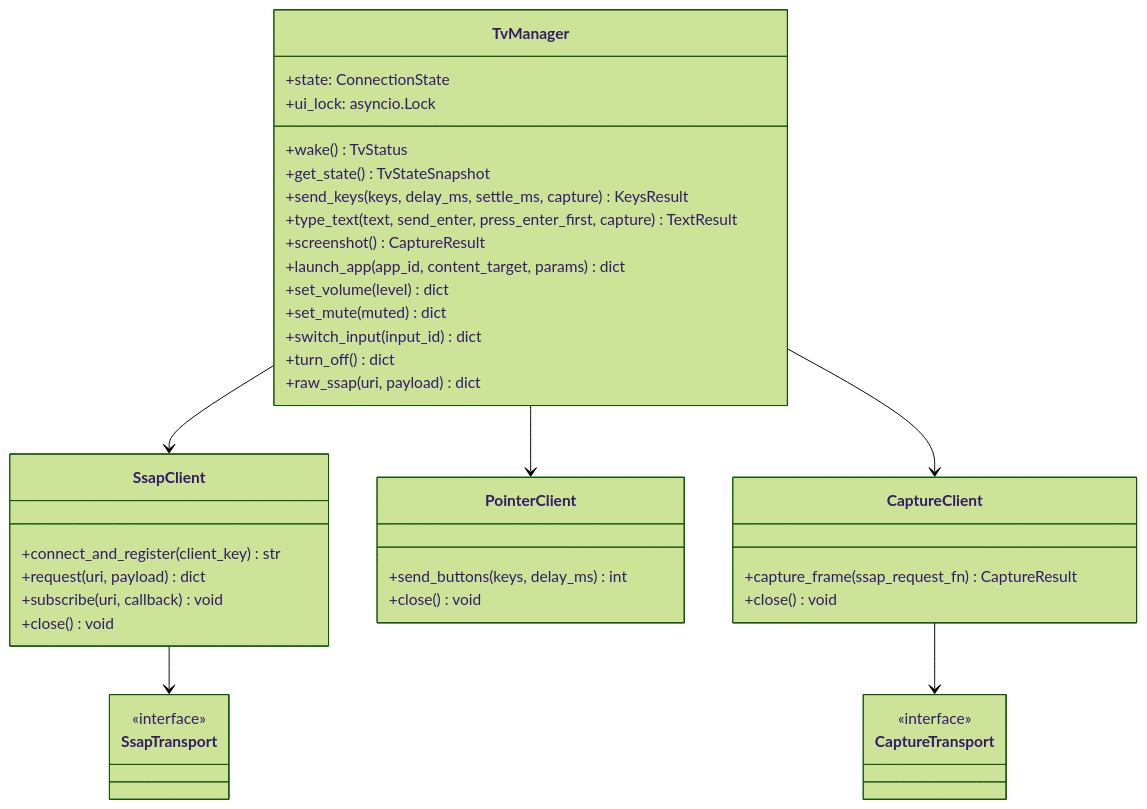
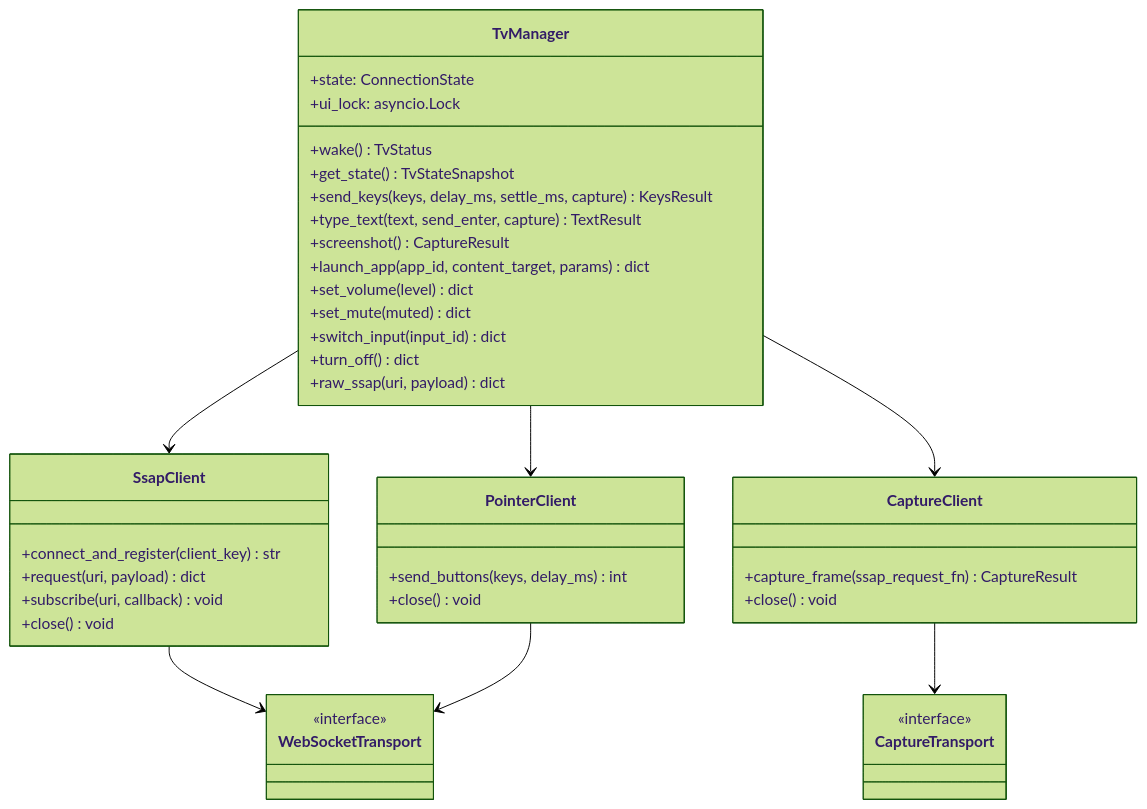
The first of 2 diagrams in docs/designs/lg-smtv-mcp.md (kiskaadee/lg-smtv-mcp), drawn with Mermaid (forest theme) before and after one commit. The commit also changed other lines of this file, not shown here.

````diff
--- a/docs/designs/lg-smtv-mcp.md
+++ b/docs/designs/lg-smtv-mcp.md
@@ -91,43 +90,44 @@
 ```mermaid
 classDiagram
     class TvManager {
         +state: ConnectionState
         +ui_lock: asyncio.Lock
         +wake() TvStatus
         +get_state() TvStateSnapshot
         +send_keys(keys, delay_ms, settle_ms, capture) KeysResult
-        +type_text(text, send_enter, press_enter_first, capture) TextResult
+        +type_text(text, send_enter, capture) TextResult
         +screenshot() CaptureResult
         +launch_app(app_id, content_target, params) dict
         +set_volume(level) dict
         +set_mute(muted) dict
         +switch_input(input_id) dict
         +turn_off() dict
         +raw_ssap(uri, payload) dict
     }
     class SsapClient {
         +connect_and_register(client_key) str
         +request(uri, payload) dict
         +subscribe(uri, callback) void
         +close() void
     }
     class PointerClient {
         +send_buttons(keys, delay_ms) int
         +close() void
     }
     class CaptureClient {
         +capture_frame(ssap_request_fn) CaptureResult
         +close() void
     }
-    class SsapTransport {
+    class WebSocketTransport {
         <<interface>>
     }
     class CaptureTransport {
         <<interface>>
     }
     TvManager --> SsapClient
     TvManager --> PointerClient
     TvManager --> CaptureClient
-    SsapClient --> SsapTransport
+    SsapClient --> WebSocketTransport
+    PointerClient --> WebSocketTransport
     CaptureClient --> CaptureTransport
 ```
````
